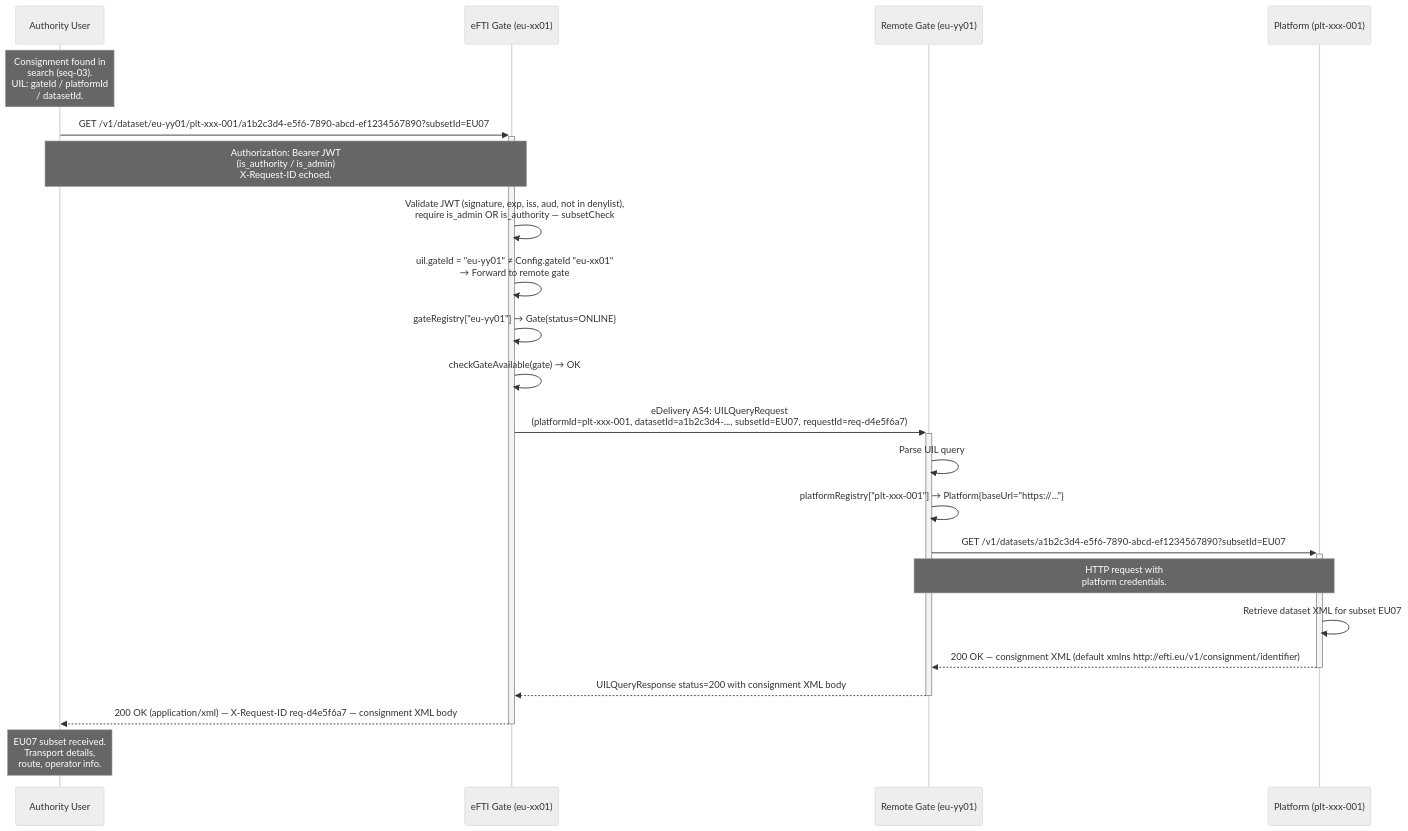
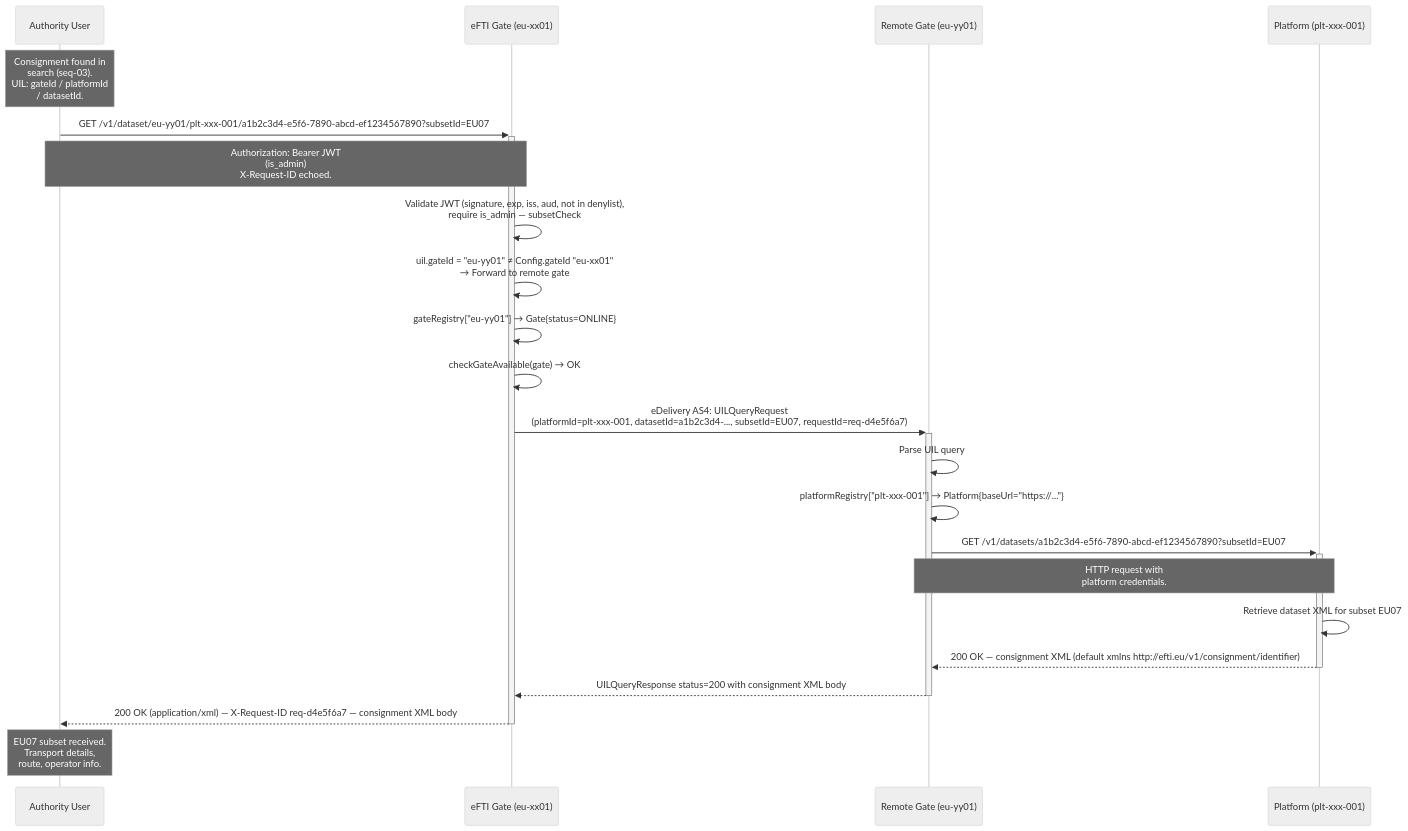
One commit to kemit-ee/efti-gate-ee changed the diagram in docs/specs/diagrams/seq-05-dataset-request.mmd. Above: the diagram before and after it, drawn with Mermaid (neutral theme). The commit also changed 43 other files, not shown here.

```diff
--- a/docs/specs/diagrams/seq-05-dataset-request.mmd
+++ b/docs/specs/diagrams/seq-05-dataset-request.mmd
@@ -1,32 +1,32 @@
 sequenceDiagram
     participant Authority as Authority User
     participant GateEE as eFTI Gate (eu-xx01)
     participant GateFI as Remote Gate (eu-yy01)
     participant Platform as Platform (plt-xxx-001)
 
     Note over Authority: Consignment found in<br/>search (seq-03).<br/>UIL: gateId / platformId<br/>/ datasetId.
 
     Authority->>+GateEE: GET /v1/dataset/eu-yy01/plt-xxx-001/a1b2c3d4-e5f6-7890-abcd-ef1234567890?subsetId=EU07
-    Note over Authority,GateEE: Authorization: Bearer JWT<br/>(is_authority / is_admin)<br/>X-Request-ID echoed.
+    Note over Authority,GateEE: Authorization: Bearer JWT<br/>(is_admin)<br/>X-Request-ID echoed.
 
-    GateEE->>GateEE: Validate JWT (signature, exp, iss, aud, not in denylist),<br/>require is_admin OR is_authority — subsetCheck
+    GateEE->>GateEE: Validate JWT (signature, exp, iss, aud, not in denylist),<br/>require is_admin — subsetCheck
     GateEE->>GateEE: uil.gateId = "eu-yy01" ≠ Config.gateId "eu-xx01"<br/>→ Forward to remote gate
 
     GateEE->>GateEE: gateRegistry["eu-yy01"] → Gate{status=ONLINE}
     GateEE->>GateEE: checkGateAvailable(gate) → OK
 
     GateEE->>+GateFI: eDelivery AS4: UILQueryRequest<br/>(platformId=plt-xxx-001, datasetId=a1b2c3d4-..., subsetId=EU07, requestId=req-d4e5f6a7)
 
     GateFI->>GateFI: Parse UIL query
     GateFI->>GateFI: platformRegistry["plt-xxx-001"] → Platform{baseUrl="https://..."}
     GateFI->>+Platform: GET /v1/datasets/a1b2c3d4-e5f6-7890-abcd-ef1234567890?subsetId=EU07
     Note over GateFI,Platform: HTTP request with<br/>platform credentials.
 
     Platform->>Platform: Retrieve dataset XML for subset EU07
     Platform-->>-GateFI: 200 OK — consignment XML (default xmlns http://efti.eu/v1/consignment/identifier)
 
     GateFI-->>-GateEE: UILQueryResponse status=200 with consignment XML body
 
     GateEE-->>-Authority: 200 OK (application/xml) — X-Request-ID req-d4e5f6a7 — consignment XML body
 
     Note over Authority: EU07 subset received.<br/>Transport details,<br/>route, operator info.
```
